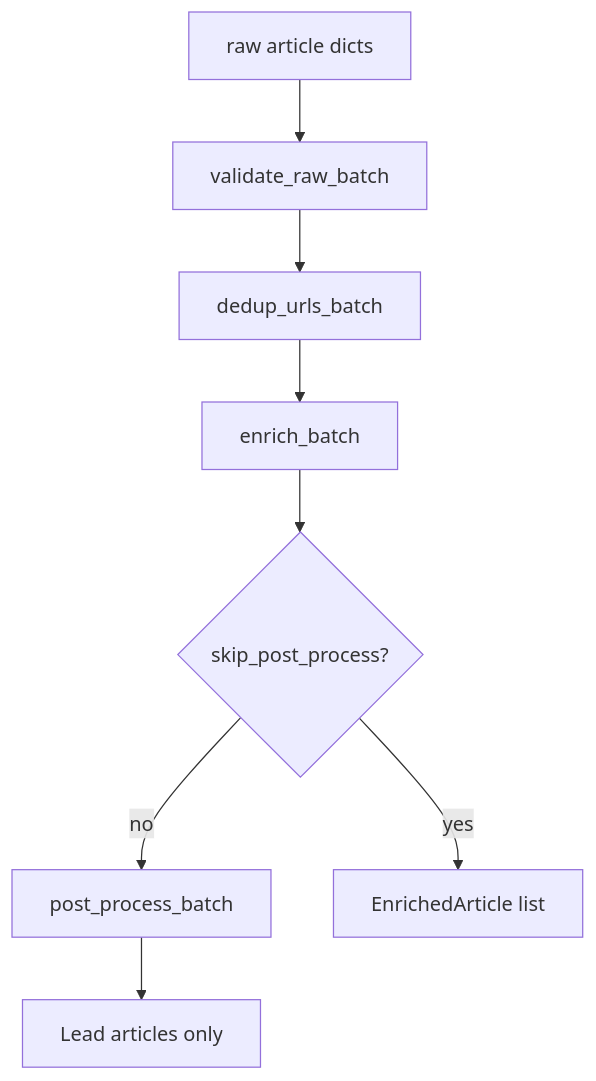
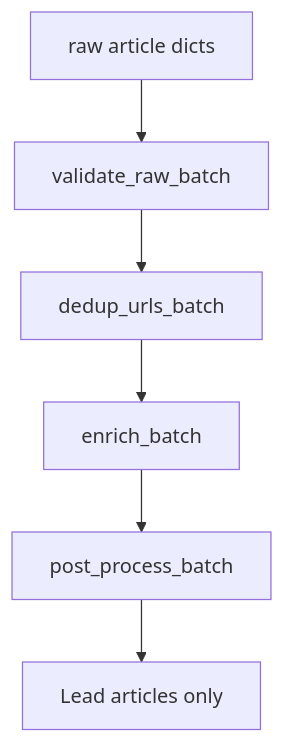
One commit to vinayakas1997/my-trading-work-3 changed the diagram in vinu-news/docs/book/part-2-analysis/ch10-pipeline-overview.md. Above: the diagram before and after it, drawn with Mermaid. The commit also changed other lines of this file and 123 other files, not shown here.

````diff
--- a/vinu-news/docs/book/part-2-analysis/ch10-pipeline-overview.md
+++ b/vinu-news/docs/book/part-2-analysis/ch10-pipeline-overview.md
@@ -23,10 +23,8 @@
 ```mermaid
 flowchart TD
   Raw[raw article dicts] --> V[validate_raw_batch]
   V --> U[dedup_urls_batch]
   U --> E[enrich_batch]
-  E --> P{skip_post_process?}
-  P -->|no| PP[post_process_batch]
-  P -->|yes| Out[EnrichedArticle list]
+  E --> PP[post_process_batch]
   PP --> Leads[Lead articles only]
 ```
````
